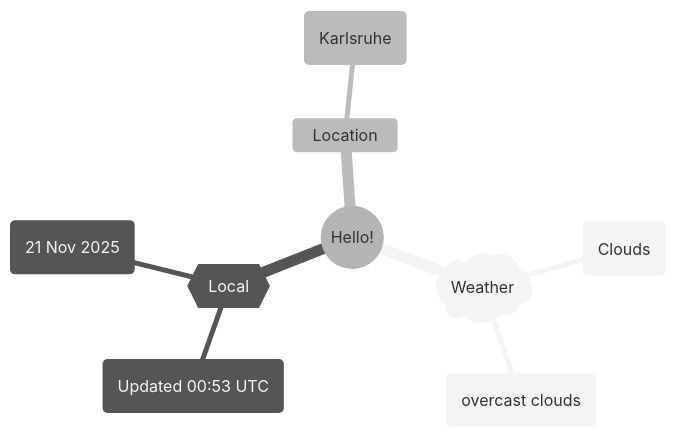
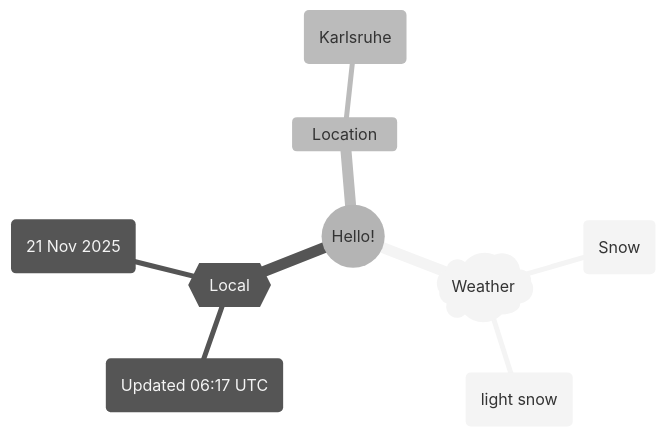
The first of 2 diagrams in README.md (Xosrov/Xosrov), drawn with Mermaid (neutral theme) before and after one commit.

Commit message:
[bot] updated images

````diff
--- a/README.md
+++ b/README.md
@@ -3,12 +3,12 @@
 ```mermaid
 mindmap
   root((Hello!))
     )Weather(
-        (Clouds)
-        (overcast clouds)
+        (Snow)
+        (light snow)
     {{Local}}
-        (Updated 00:53 UTC)
+        (Updated 06:17 UTC)
         (21 Nov 2025)
     Location
         (Karlsruhe)
 ```
````
